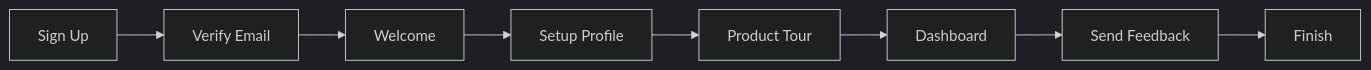
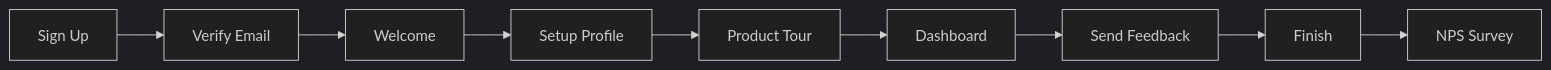
The diagram in onboarding.mmd (rubenmango/mermaid-bot-sandbox), drawn with Mermaid (dark theme) before and after one commit.

Commit message:
Regenerate onboarding diagram
Mermaid-Sync: regenerated
Mermaid-Sync-Source: pr-1
Mermaid-Sync-PR: #1
Mermaid-Sync-PR-Title: Extend onboarding flow
Mermaid-Sync-Reason: Synced from PR diagram changes

```diff
--- a/onboarding.mmd
+++ b/onboarding.mmd
@@ -1,8 +1,9 @@
 flowchart LR
     A[Sign Up] --> B[Verify Email]
     B --> C[Welcome]
     C --> Profile[Setup Profile]
     Profile --> Tour[Product Tour]
     Tour --> Done[Dashboard]
     Done --> Feedback[Send Feedback]
     Feedback --> Close[Finish]
+    Close --> Survey[NPS Survey]
```
